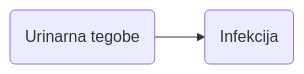
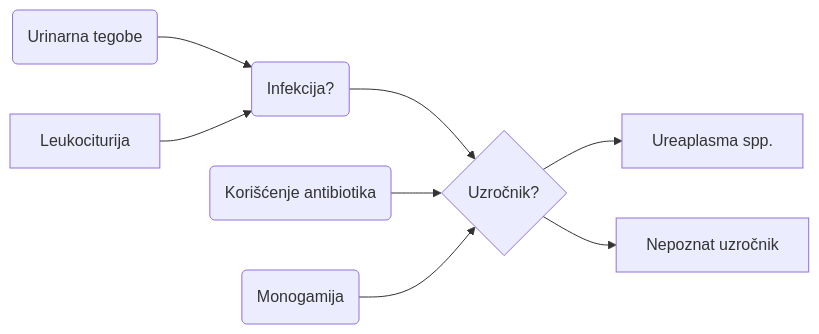
The diagram in myblog/posts/sr/med-dg/index.qmd (nikola-grubor/nikola-grubor.github.io), drawn with Mermaid before and after one commit. The commit also changed other lines of this file and 3 other files, not shown here.

````diff
--- a/myblog/posts/sr/med-dg/index.qmd
+++ b/myblog/posts/sr/med-dg/index.qmd
@@ -79,4 +97,14 @@
 ```{mermaid}
+%%| label: fig-updating
+%%| fig-cap: "Something."
+
 flowchart LR
-  A("Urinarna tegobe") --> B("Infekcija")
+  A("Urinarna tegobe") --> B("Infekcija?")
+  C["Leukociturija"] --> B
+  B --> U{"Uzročnik?"}
+  U --> D["Ureaplasma spp."]
+  AB("Korišćenje antibiotika") --> U
+  M("Monogamija") --> U
+  U --> N["Nepoznat uzročnik"]
+  
 ```
````
